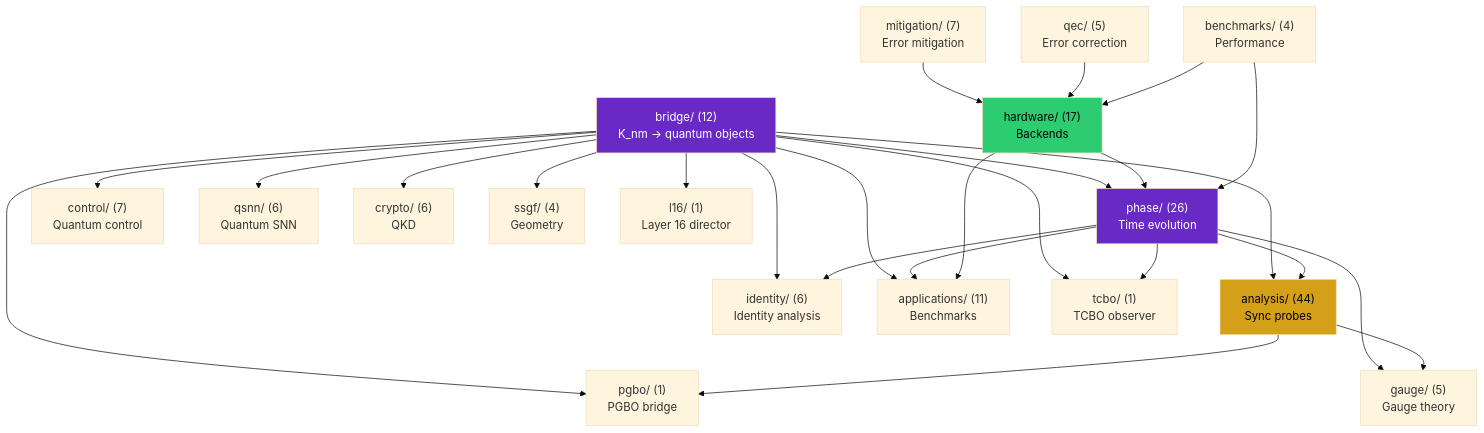
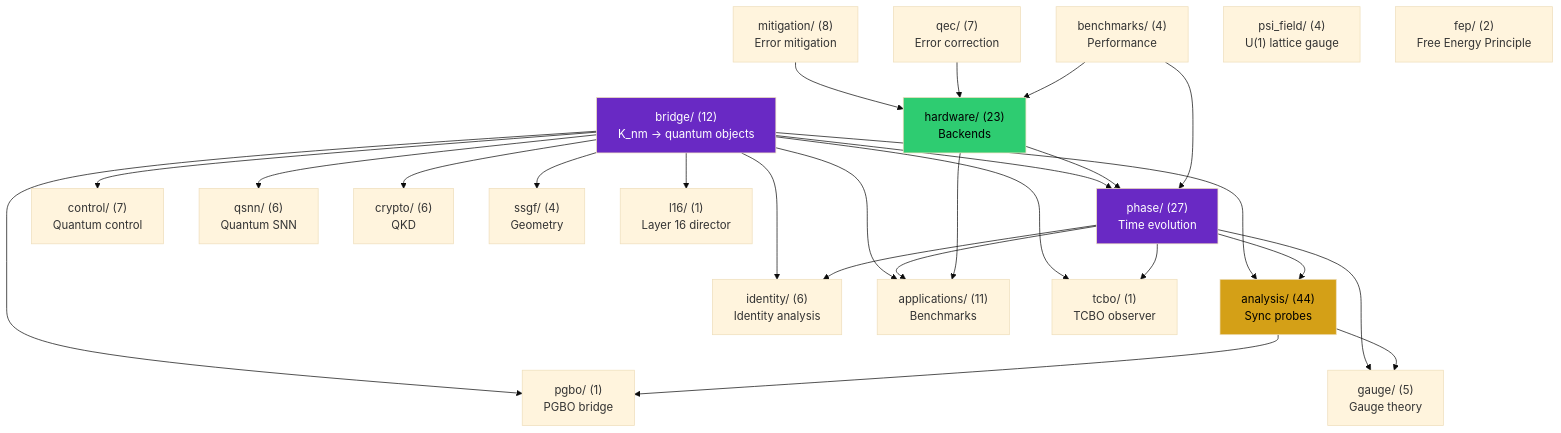
Before and after one commit to anulum/scpn-quantum-control: the first of 3 diagrams in docs/architecture.md, drawn with Mermaid (base theme). The commit also changed other lines of this file and 4 other files, not shown here.

````diff
--- a/docs/architecture.md
+++ b/docs/architecture.md
@@ -32,50 +32,52 @@
 ```mermaid
 graph TD
     bridge["bridge/ (12)\nK_nm → quantum objects"]
-    phase["phase/ (26)\nTime evolution"]
+    phase["phase/ (27)\nTime evolution"]
     analysis["analysis/ (44)\nSync probes"]
     control["control/ (7)\nQuantum control"]
     qsnn["qsnn/ (6)\nQuantum SNN"]
     identity["identity/ (6)\nIdentity analysis"]
-    hardware["hardware/ (17)\nBackends"]
-    mitigation["mitigation/ (7)\nError mitigation"]
-    qec["qec/ (5)\nError correction"]
+    hardware["hardware/ (23)\nBackends"]
+    mitigation["mitigation/ (8)\nError mitigation"]
+    qec["qec/ (7)\nError correction"]
     gauge["gauge/ (5)\nGauge theory"]
     apps["applications/ (11)\nBenchmarks"]
     crypto["crypto/ (6)\nQKD"]
     benchmarks["benchmarks/ (4)\nPerformance"]
     ssgf["ssgf/ (4)\nGeometry"]
+    psi_field["psi_field/ (4)\nU(1) lattice gauge"]
+    fep["fep/ (2)\nFree Energy Principle"]
     tcbo["tcbo/ (1)\nTCBO observer"]
     pgbo["pgbo/ (1)\nPGBO bridge"]
     l16["l16/ (1)\nLayer 16 director"]
 
     bridge --> phase
     bridge --> analysis
     bridge --> control
     bridge --> qsnn
     bridge --> identity
     bridge --> apps
     bridge --> crypto
     bridge --> ssgf
     phase --> analysis
     phase --> identity
     phase --> apps
     phase --> gauge
     analysis --> gauge
     hardware --> phase
     hardware --> apps
     mitigation --> hardware
     qec --> hardware
     benchmarks --> phase
     benchmarks --> hardware
     bridge --> tcbo
     bridge --> pgbo
     bridge --> l16
     phase --> tcbo
     analysis --> pgbo
 
     style bridge fill:#6929C4,color:#fff
     style analysis fill:#d4a017,color:#000
     style phase fill:#6929C4,color:#fff
     style hardware fill:#2ecc71,color:#000
 ```
````
